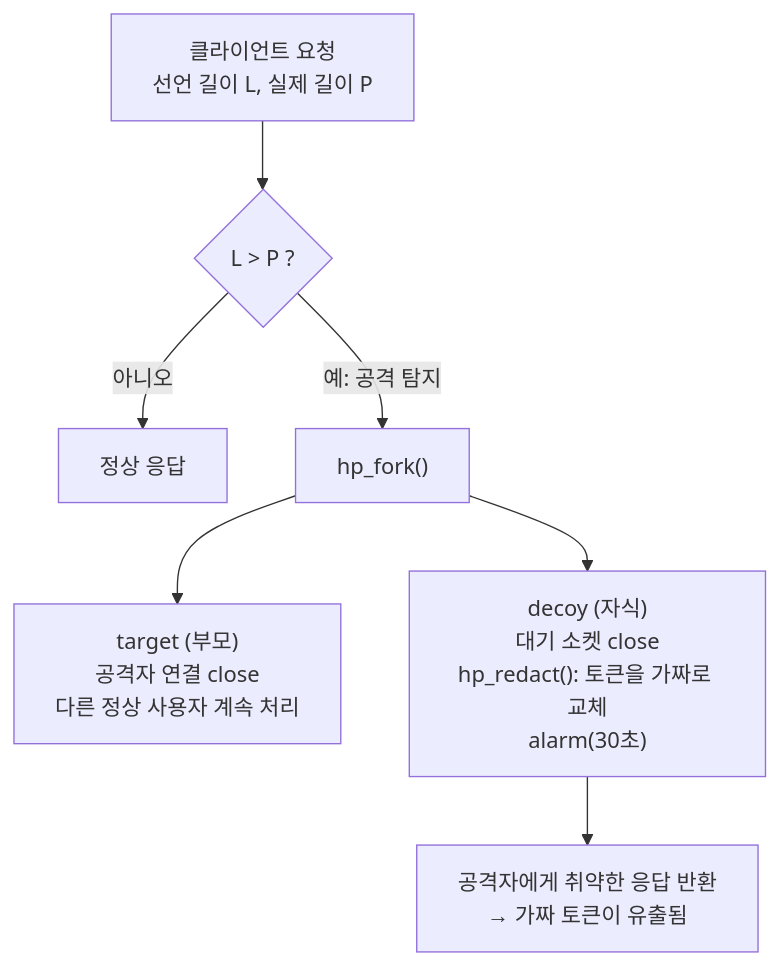
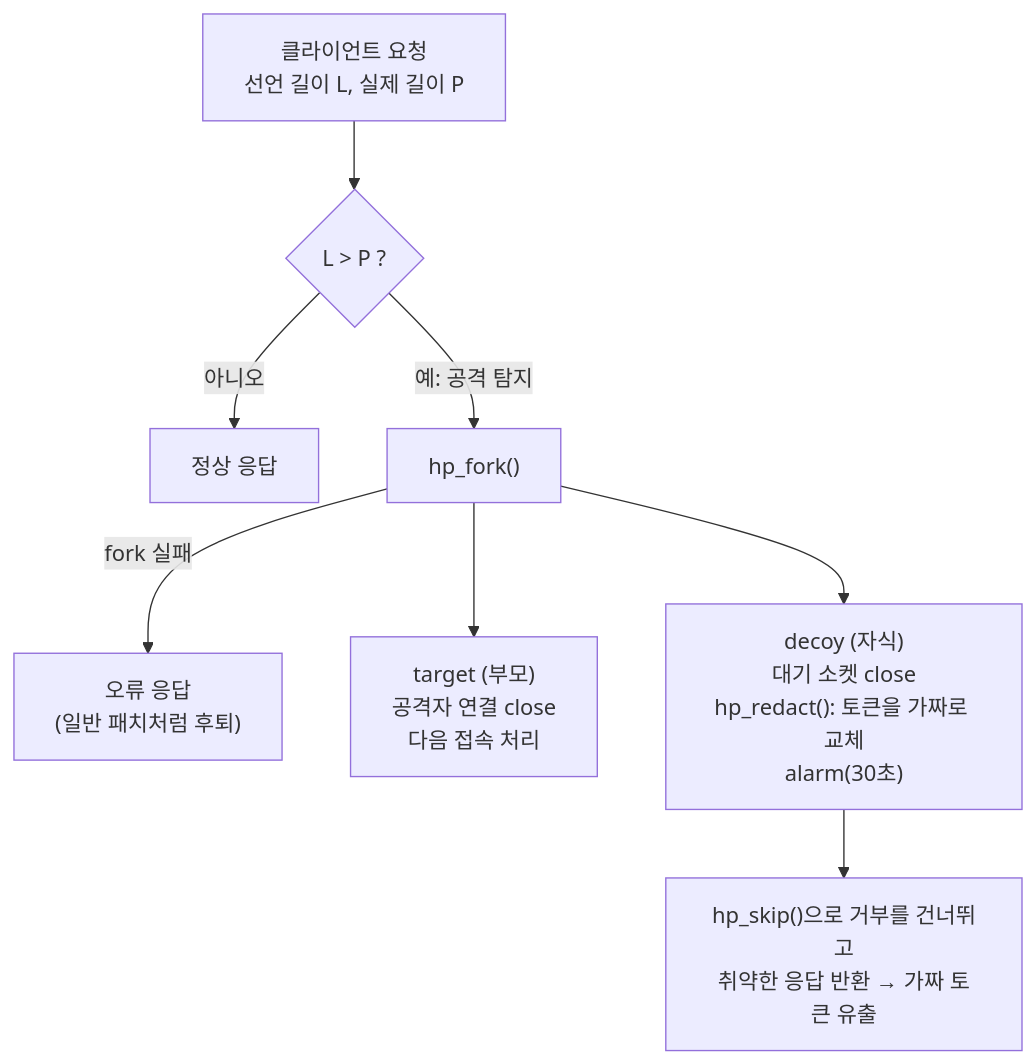
One commit to cocoa030722/2026-SSS-HoneyPatch changed the diagram in README.md. Above: the diagram before and after it, drawn with Mermaid. The commit also changed other lines of this file, not shown here.

````diff
--- a/README.md
+++ b/README.md
@@ -174,9 +112,10 @@
 ```mermaid
 flowchart TD
-    A[클라이언트 요청<br/>선언 길이 L, 실제 길이 P] --> B{L &gt; P ?}
-    B -- 아니오 --> C[정상 응답]
-    B -- 예: 공격 탐지 --> D["hp_fork()"]
-    D --> E["target (부모)<br/>공격자 연결 close<br/>다른 정상 사용자 계속 처리"]
+    A["클라이언트 요청<br/>선언 길이 L, 실제 길이 P"] --> B{"L > P ?"}
+    B -- 아니오 --> C["정상 응답"]
+    B -- "예: 공격 탐지" --> D["hp_fork()"]
+    D -- "fork 실패" --> H["오류 응답<br/>(일반 패치처럼 후퇴)"]
+    D --> E["target (부모)<br/>공격자 연결 close<br/>다음 접속 처리"]
     D --> F["decoy (자식)<br/>대기 소켓 close<br/>hp_redact(): 토큰을 가짜로 교체<br/>alarm(30초)"]
-    F --> G[공격자에게 취약한 응답 반환<br/>→ 가짜 토큰이 유출됨]
+    F --> G["hp_skip()으로 거부를 건너뛰고<br/>취약한 응답 반환 → 가짜 토큰 유출"]
 ```
````
